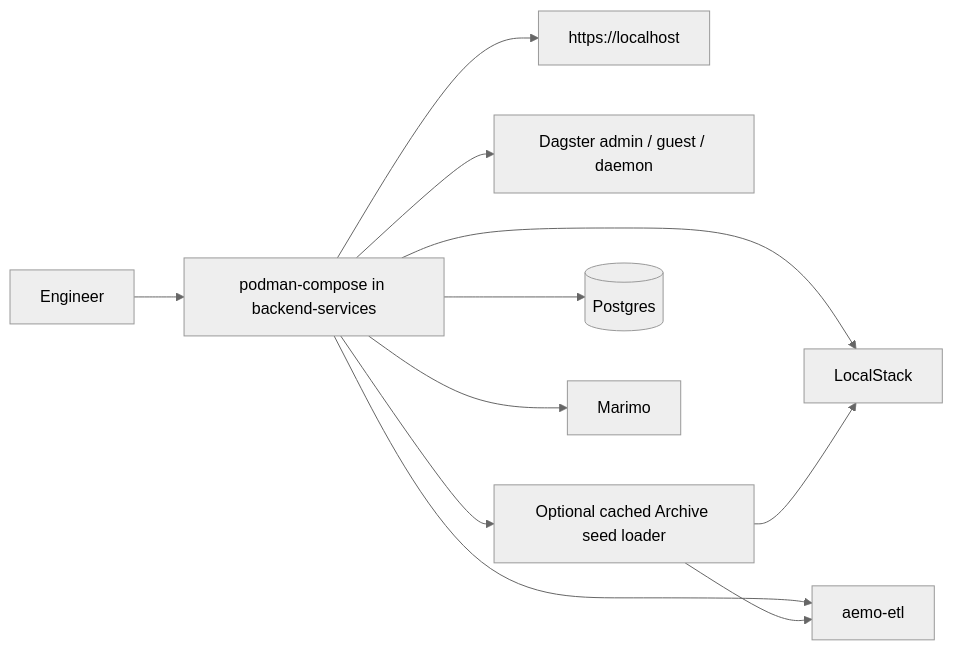
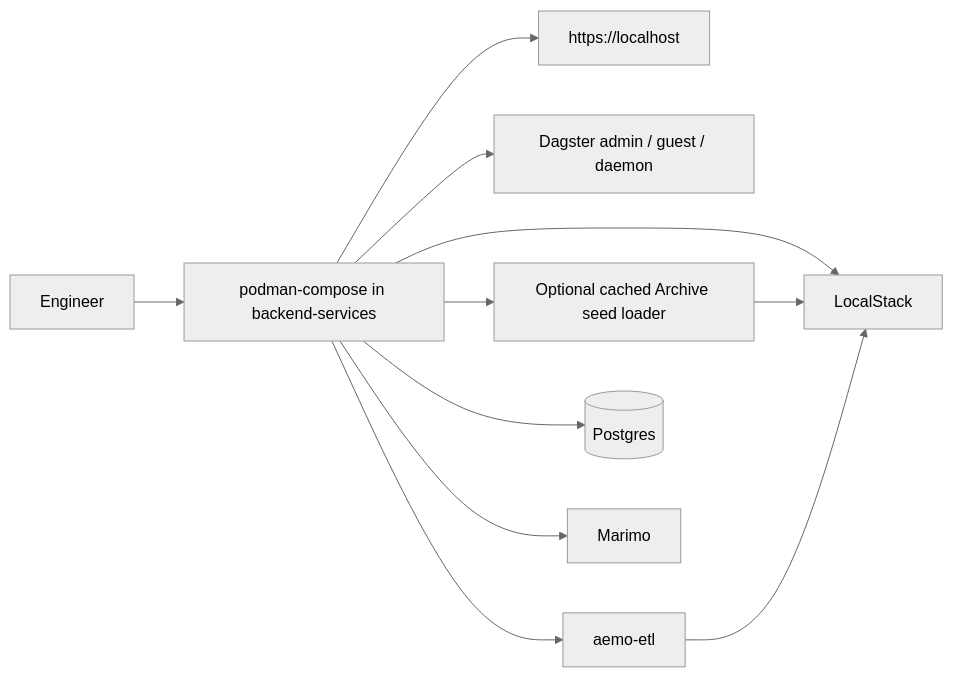
Before and after one commit to Chr1sC0de/energy-market-delta-lake: the second of 2 diagrams in docs/repository/workflow.md, drawn with Mermaid (neutral theme). The commit also changed 13 other files, not shown here.

````diff
--- a/docs/repository/workflow.md
+++ b/docs/repository/workflow.md
@@ -93,13 +93,13 @@
 ```mermaid
 flowchart LR
   DEV[Engineer] --> COMPOSE[podman-compose in backend-services]
   COMPOSE --> CADDY[https://localhost]
   COMPOSE --> DAGSTER[Dagster admin / guest / daemon]
   COMPOSE --> SEED[Optional cached Archive seed loader]
   COMPOSE --> USERCODE[aemo-etl]
   COMPOSE --> LOCALSTACK[LocalStack]
   COMPOSE --> PG[(Postgres)]
   COMPOSE --> MARIMO[Marimo]
   SEED --> LOCALSTACK
-  SEED --> USERCODE
+  USERCODE --> LOCALSTACK
 ```
````
